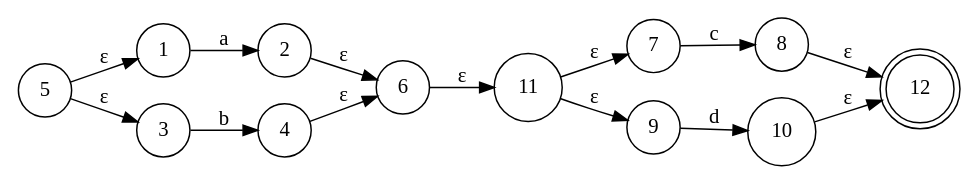
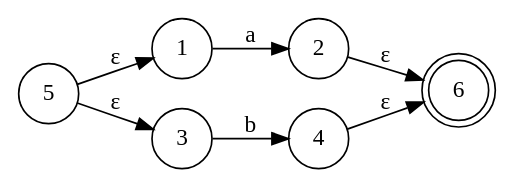
Before and after one commit to gusta257/Compis1: the diagram in fsm.gv, drawn with Graphviz. The commit also changed 4 other files, not shown here.

```diff
--- a/fsm.gv
+++ b/fsm.gv
@@ -1,30 +1,17 @@
 digraph finite_state_machine {
 	rankdir=LR size="8,5"
 	node [shape=doublecircle]
-	12
+	6
 	node [shape=circle]
 	1 -> 2 [label=a]
 	node [shape=circle]
 	2 -> 6 [label="ε"]
 	node [shape=circle]
 	3 -> 4 [label=b]
 	node [shape=circle]
 	4 -> 6 [label="ε"]
 	node [shape=circle]
 	5 -> 1 [label="ε"]
 	5 -> 3 [label="ε"]
 	node [shape=circle]
-	6 -> 11 [label="ε"]
-	node [shape=circle]
-	7 -> 8 [label=c]
-	node [shape=circle]
-	8 -> 12 [label="ε"]
-	node [shape=circle]
-	9 -> 10 [label=d]
-	node [shape=circle]
-	10 -> 12 [label="ε"]
-	node [shape=circle]
-	11 -> 7 [label="ε"]
-	11 -> 9 [label="ε"]
-	node [shape=circle]
 }
```
